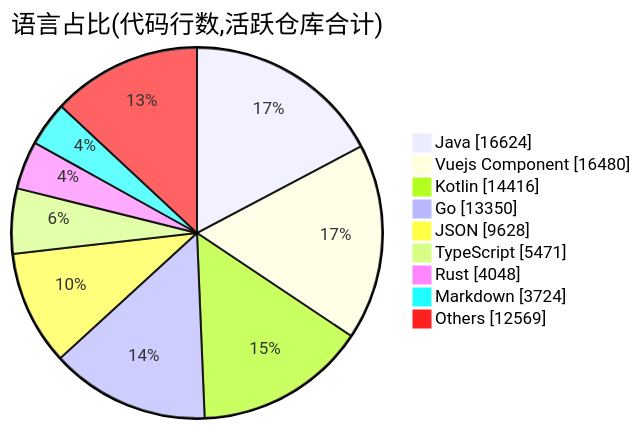
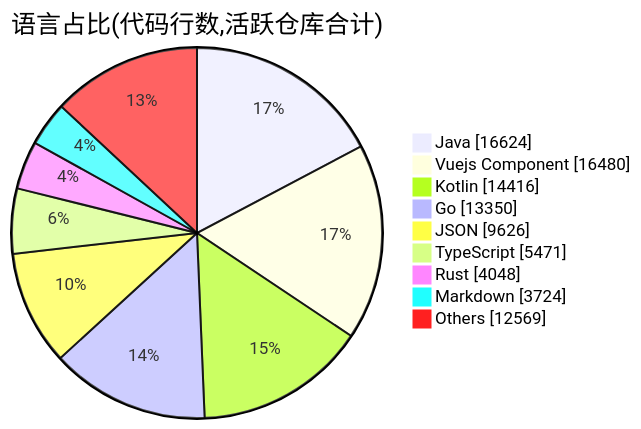
One commit to Conflux-Union/.github changed the second of 2 diagrams in profile/README.md. Above: the diagram before and after it, drawn with Mermaid. The commit also changed other lines of this file and 1 other file, not shown here.

````diff
--- a/profile/README.md
+++ b/profile/README.md
@@ -74,13 +74,13 @@
 ```mermaid
 pie showData
     title 语言占比(代码行数,活跃仓库合计)
     "Java" : 16624
     "Vuejs Component" : 16480
     "Kotlin" : 14416
     "Go" : 13350
-    "JSON" : 9628
+    "JSON" : 9626
     "TypeScript" : 5471
     "Rust" : 4048
     "Markdown" : 3724
     "Others" : 12569
 ```
````
